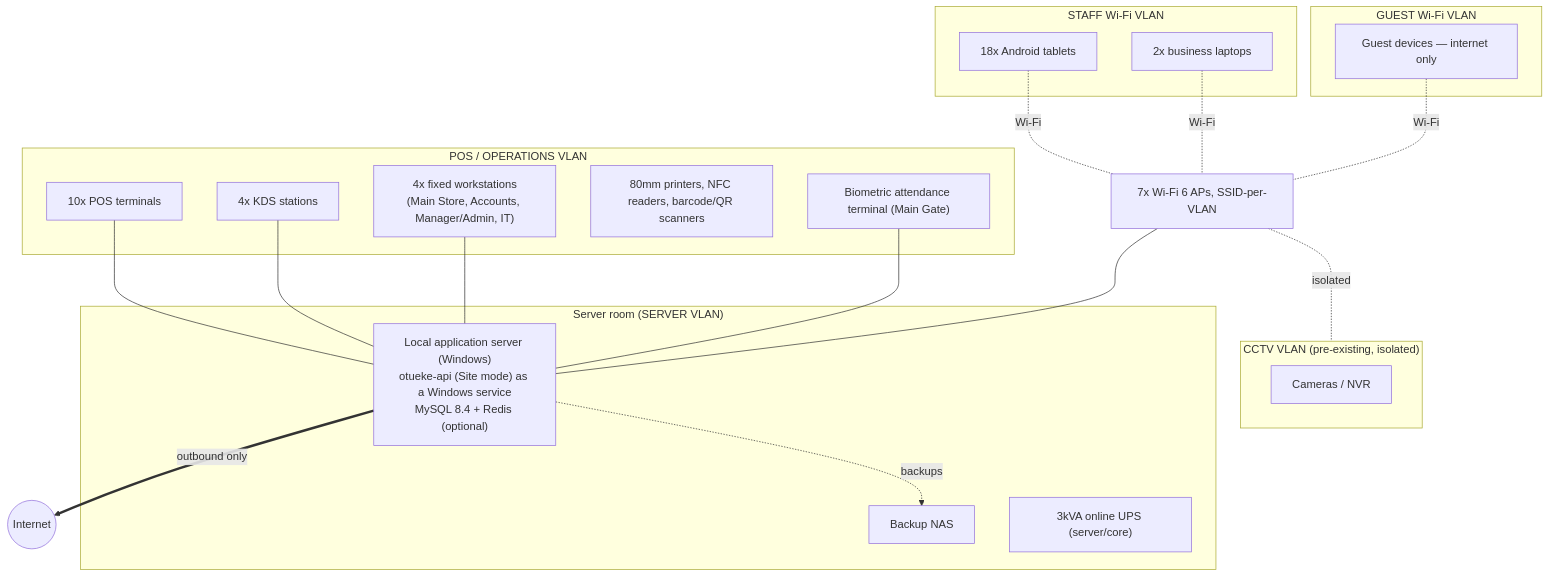
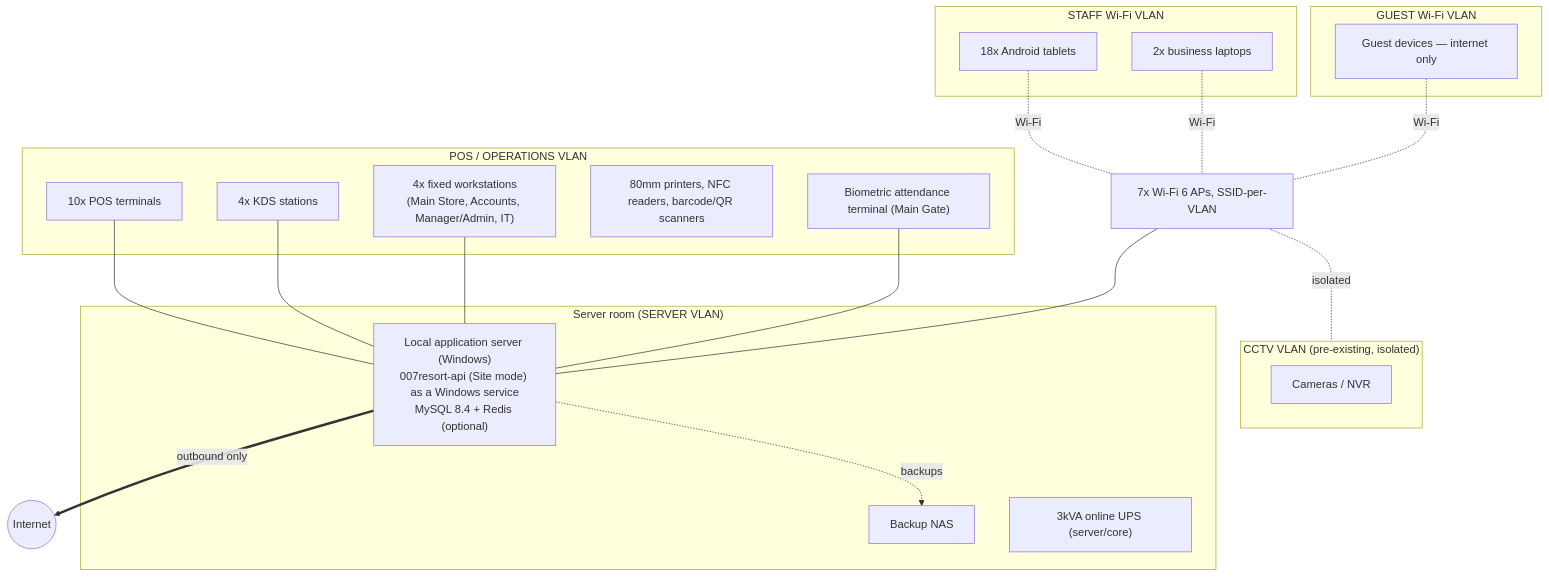
The first of 2 diagrams in architecture/16-deployment-topology.md (prinzderick/007resort-docs), drawn with Mermaid before and after one commit. The commit also changed other lines of this file and 33 other files, not shown here.

First line of the commit message:
chore: rename project from Otueke to 007 Resort & Spa (R007)

````diff
--- a/architecture/16-deployment-topology.md
+++ b/architecture/16-deployment-topology.md
@@ -7,37 +7,37 @@
 ```mermaid
 flowchart TB
   subgraph ServerRoom["Server room (SERVER VLAN)"]
-    SRV["Local application server (Windows)<br/>otueke-api (Site mode) as a Windows service<br/>MySQL 8.4 + Redis (optional)"]
+    SRV["Local application server (Windows)<br/>007resort-api (Site mode) as a Windows service<br/>MySQL 8.4 + Redis (optional)"]
     NAS["Backup NAS"]
     UPS1["3kVA online UPS (server/core)"]
   end
   subgraph OpsNet["POS / OPERATIONS VLAN"]
     POS10["10x POS terminals"]
     KDS4["4x KDS stations"]
     WS4["4x fixed workstations<br/>(Main Store, Accounts, Manager/Admin, IT)"]
     PR["80mm printers, NFC readers, barcode/QR scanners"]
     GATE["Biometric attendance terminal (Main Gate)"]
   end
   subgraph StaffNet["STAFF Wi-Fi VLAN"]
     TAB18["18x Android tablets"]
     LT2["2x business laptops"]
   end
   subgraph GuestNet["GUEST Wi-Fi VLAN"]
     GUEST["Guest devices — internet only"]
   end
   subgraph CCTVNet["CCTV VLAN (pre-existing, isolated)"]
     CCTV["Cameras / NVR"]
   end
   AP["7x Wi-Fi 6 APs, SSID-per-VLAN"]
 
   POS10 --- SRV
   KDS4 --- SRV
   WS4 --- SRV
   GATE --- SRV
   TAB18 -. Wi-Fi .- AP --- SRV
   LT2 -. Wi-Fi .- AP
   GUEST -. Wi-Fi .- AP
   AP -. isolated .- CCTVNet
   SRV == outbound only ==> INTERNET(("Internet"))
   SRV -. backups .-> NAS
 ```
````
